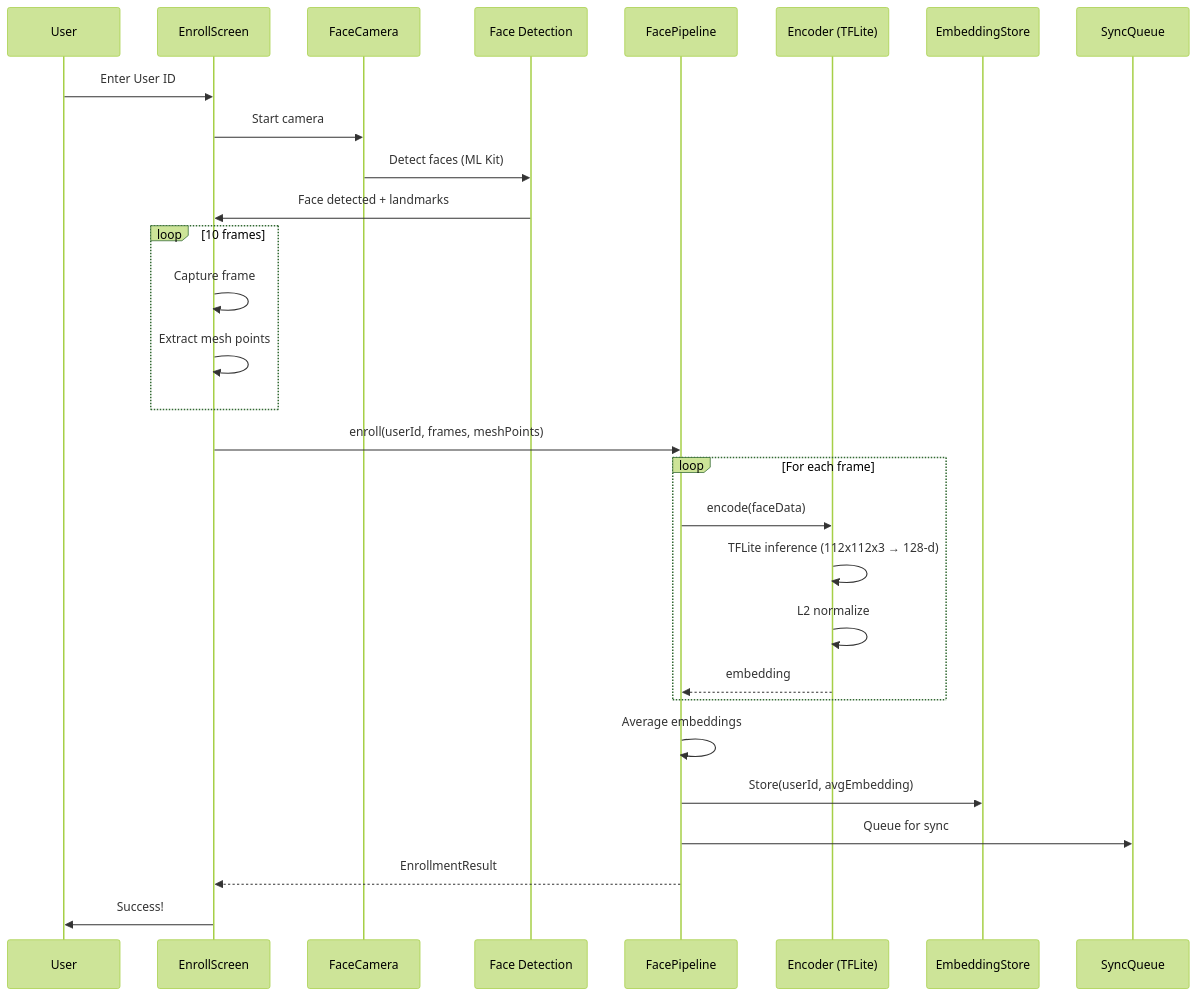
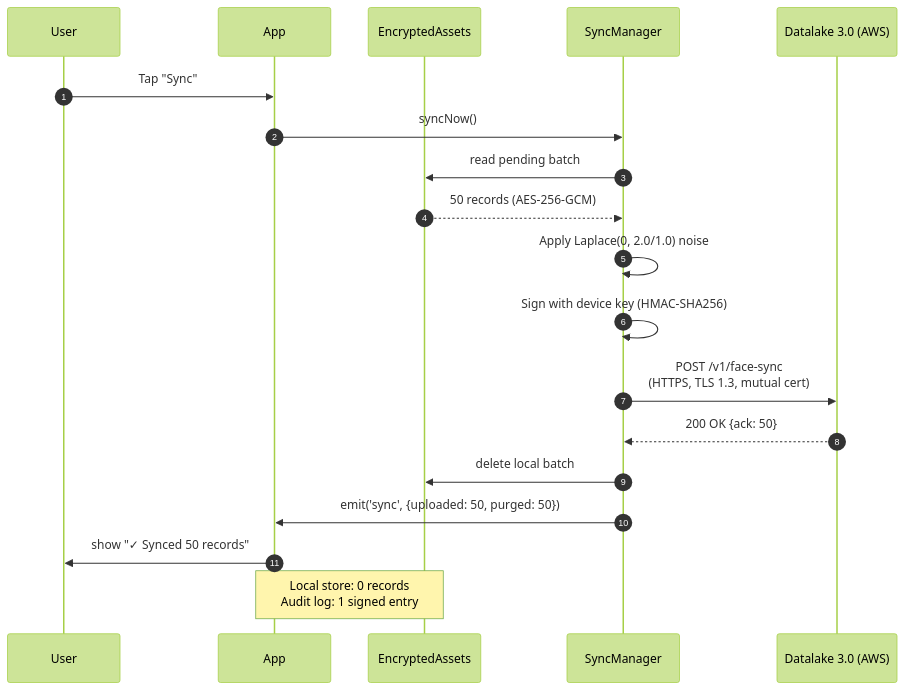
The sixth of 9 diagrams in docs/ARCHITECTURE.md (krsnaSuraj/NetraEdge), drawn with Mermaid (forest theme) before and after one commit. The commit also changed other lines of this file and 150 other files, not shown here.

````diff
--- a/docs/ARCHITECTURE.md
+++ b/docs/ARCHITECTURE.md
@@ -50,36 +372,22 @@
 ```mermaid
 sequenceDiagram
+    autonumber
     participant U as User
-    participant S as EnrollScreen
-    participant C as FaceCamera
-    participant FD as Face Detection
-    participant P as FacePipeline
-    participant E as Encoder (TFLite)
-    participant ST as EmbeddingStore
-    participant SQ as SyncQueue
-    
-    U->>S: Enter User ID
-    S->>C: Start camera
-    C->>FD: Detect faces (ML Kit)
-    FD->>S: Face detected + landmarks
-    
-    loop 10 frames
-        S->>S: Capture frame
-        S->>S: Extract mesh points
-    end
-    
-    S->>P: enroll(userId, frames, meshPoints)
-    
-    loop For each frame
-        P->>E: encode(faceData)
-        E->>E: TFLite inference (112x112x3 → 128-d)
-        E->>E: L2 normalize
-        E-->>P: embedding
-    end
-    
-    P->>P: Average embeddings
-    P->>ST: Store(userId, avgEmbedding)
-    P->>SQ: Queue for sync
-    P-->>S: EnrollmentResult
-    S->>U: Success!
+    participant A as App
+    participant E as EncryptedAssets
+    participant S as SyncManager
+    participant D as Datalake 3.0 (AWS)
+
+    U->>A: Tap "Sync"
+    A->>S: syncNow()
+    S->>E: read pending batch
+    E-->>S: 50 records (AES-256-GCM)
+    S->>S: Apply Laplace(0, 2.0/1.0) noise
+    S->>S: Sign with device key (HMAC-SHA256)
+    S->>D: POST /v1/face-sync<br/>(HTTPS, TLS 1.3, mutual cert)
+    D-->>S: 200 OK {ack: 50}
+    S->>E: delete local batch
+    S->>A: emit('sync', {uploaded: 50, purged: 50})
+    A->>U: show "✓ Synced 50 records"
+    Note over A,E: Local store: 0 records<br/>Audit log: 1 signed entry
 ```
````
